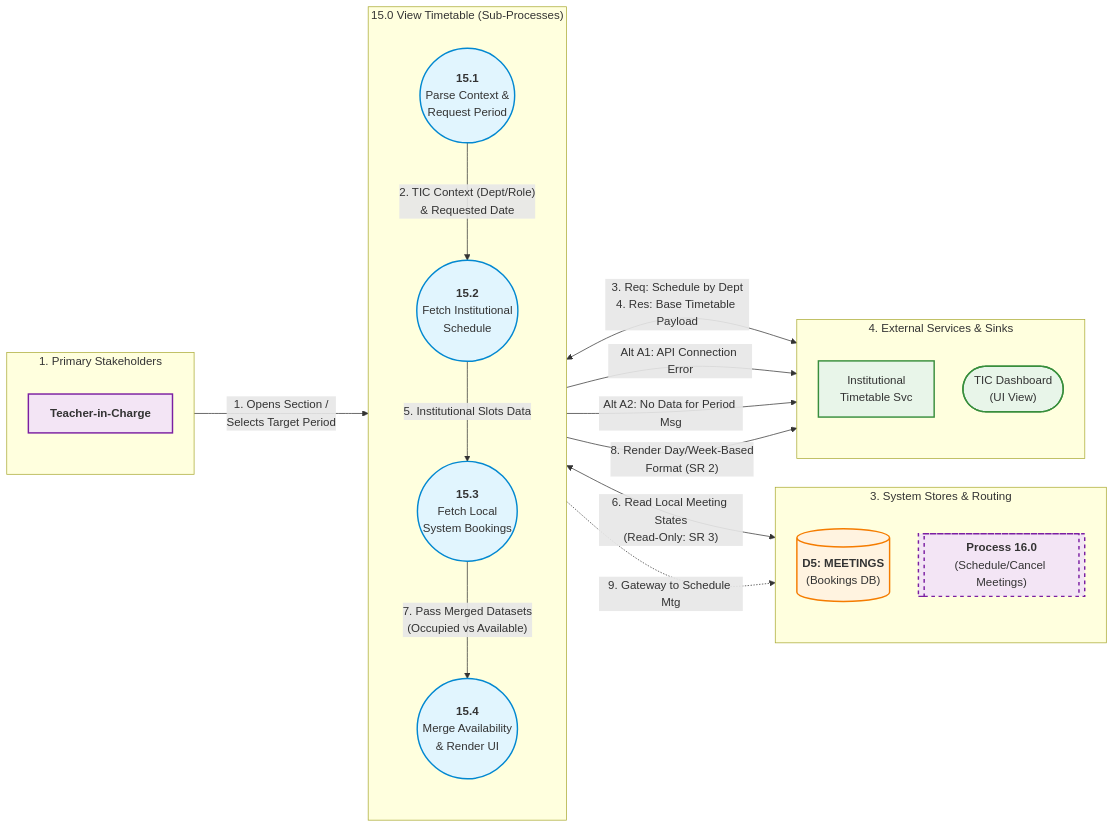
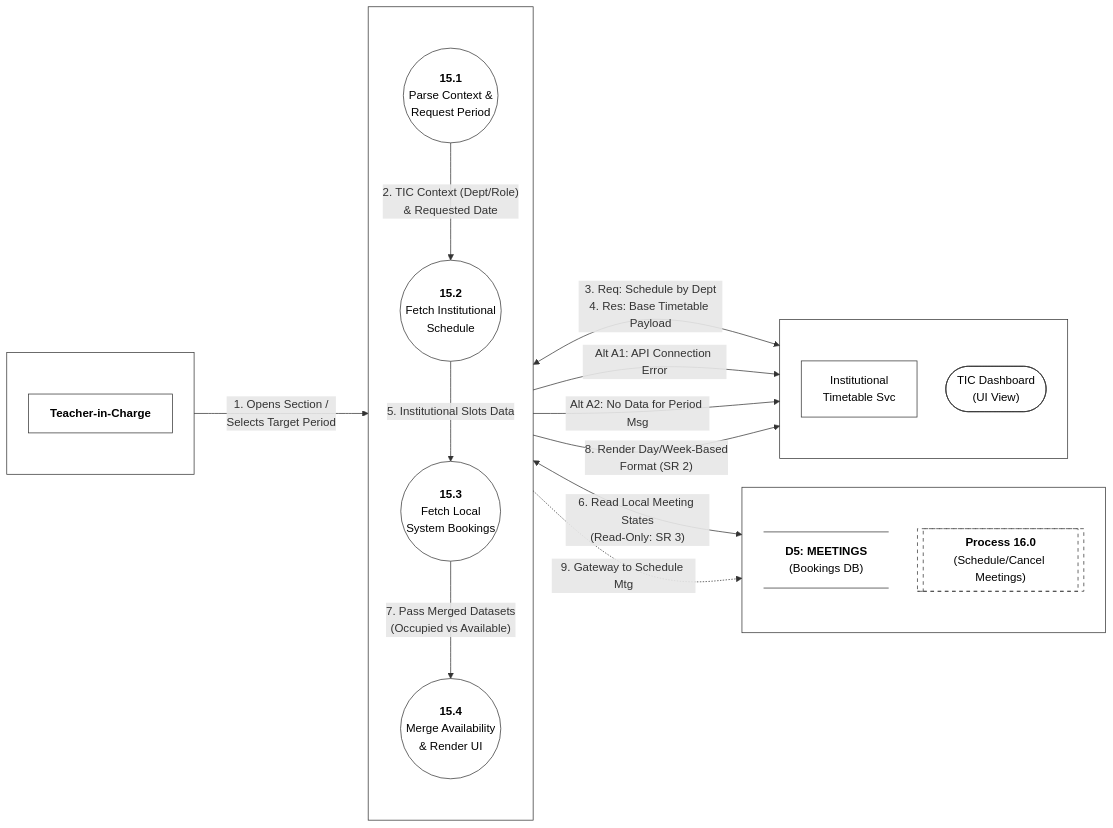
Before and after one commit to aryanhrc3428/Semester-5: the diagram in SE/ideathon/documents/L2-DFD-T05.mmd, drawn with Mermaid. The commit also changed 21 other files, not shown here.

```diff
--- a/SE/ideathon/documents/L2-DFD-T05.mmd
+++ b/SE/ideathon/documents/L2-DFD-T05.mmd
@@ -1,83 +1,88 @@
 %%{init: {
   "flowchart": {
     "htmlLabels": true,
     "nodeSpacing": 40,
     "rankSpacing": 90,
     "padding": 15
   }
 }}%%
 flowchart LR
 
     %% -------------------------------------------------------------
     %% COLUMN 1: ACTORS
     %% -------------------------------------------------------------
-    subgraph Actors ["1. Primary Stakeholders"]
+    subgraph Actors [" "]
         direction TB
         TIC["<b>Teacher-in-Charge</b>"]
     end
 
     %% -------------------------------------------------------------
     %% COLUMN 2: SUB-PROCESSES (Decomposition of 15.0)
     %% -------------------------------------------------------------
-    subgraph SubProcesses ["15.0 View Timetable (Sub-Processes)"]
+    subgraph SubProcesses [" "]
         direction TB
         P15_1(("<b>15.1</b><br/>Parse Context &<br/>Request Period"))
         P15_2(("<b>15.2</b><br/>Fetch Institutional<br/>Schedule"))
         P15_3(("<b>15.3</b><br/>Fetch Local<br/>System Bookings"))
         P15_4(("<b>15.4</b><br/>Merge Availability<br/>& Render UI"))
     end
 
     %% -------------------------------------------------------------
     %% COLUMN 3: DATA STORES & ROUTING
     %% -------------------------------------------------------------
-    subgraph DataStores ["3. System Stores & Routing"]
+    subgraph DataStores [" "]
         direction TB
-        D5[("<b>D5: MEETINGS</b><br/>(Bookings DB)")]
+        D5@{ shape: datastore, label: "<b>D5: MEETINGS</b><br/>(Bookings DB)" }
         P16[["<b>Process 16.0</b><br/>(Schedule/Cancel Meetings)"]]
     end
 
     %% -------------------------------------------------------------
     %% COLUMN 4: EXTERNAL SERVICES & UI SINKS
     %% -------------------------------------------------------------
-    subgraph ExtServices ["4. External Services & Sinks"]
+    subgraph ExtServices [" "]
         direction TB
         ExtTimetable["Institutional<br/>Timetable Svc"]
         TICDash(["TIC Dashboard<br/>(UI View)"])
     end
 
     %% =============================================================
     %% DATA FLOWS
     %% =============================================================
 
     %% --- 15.1 Request Period ---
     TIC -->|"1. Opens Section /<br/>Selects Target Period"| P15_1
     P15_1 -->|"2. TIC Context (Dept/Role)<br/>& Requested Date"| P15_2
     
     %% --- 15.2 Fetch External Schedule ---
     P15_2 <-->|"3. Req: Schedule by Dept<br/>4. Res: Base Timetable Payload"| ExtTimetable
     P15_2 -->|"Alt A1: API Connection Error"| TICDash
     
     %% --- 15.3 Fetch Local Slots ---
     P15_2 -->|"5. Institutional Slots Data"| P15_3
     P15_3 <-->|"6. Read Local Meeting States<br/>(Read-Only: SR 3)"| D5
     
     %% --- 15.4 Merge & Render ---
     P15_3 -->|"7. Pass Merged Datasets<br/>(Occupied vs Available)"| P15_4
     P15_4 -->|"Alt A2: No Data for Period Msg"| TICDash
     P15_4 -->|"8. Render Day/Week-Based<br/>Format (SR 2)"| TICDash
     P15_4 -.->|"9. Gateway to Schedule Mtg"| P16
 
     %% -------------------------------------------------------------
     %% STYLING
     %% -------------------------------------------------------------
-    classDef processStyle fill:#e1f5fe,stroke:#0288d1,stroke-width:2px;
-    classDef storeStyle fill:#fff3e0,stroke:#f57c00,stroke-width:2px;
-    classDef actorStyle fill:#f3e5f5,stroke:#7b1fa2,stroke-width:2px;
-    classDef extStyle fill:#e8f5e9,stroke:#388e3c,stroke-width:2px;
-    classDef routeStyle fill:#f3e5f5,stroke:#7b1fa2,stroke-width:2px,stroke-dasharray: 5 5;
+    classDef processStyle fill:#fff,stroke:#333,stroke-width:1px,color:#000
+    classDef storeStyle fill:#fff,stroke:#333,stroke-width:1px,color:#000
+    classDef actorStyle fill:#fff,stroke:#333,stroke-width:1px,color:#000
+    classDef extStyle fill:#fff,stroke:#333,stroke-width:1px,color:#000
+    classDef routeStyle fill:#fff,stroke:#333,stroke-width:1px,color:#000,stroke-dasharray: 5 5
 
     class P15_1,P15_2,P15_3,P15_4 processStyle;
     class D5 storeStyle;
     class P16 routeStyle;
     class TIC actorStyle;
     class ExtTimetable,TICDash extStyle;
+
+    style Actors fill:none,stroke:#333,stroke-width:1px
+    style SubProcesses fill:none,stroke:#333,stroke-width:1px
+    style DataStores fill:none,stroke:#333,stroke-width:1px
+    style ExtServices fill:none,stroke:#333,stroke-width:1px
```
